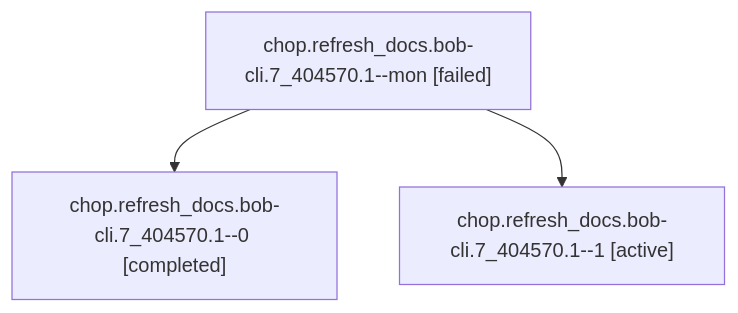
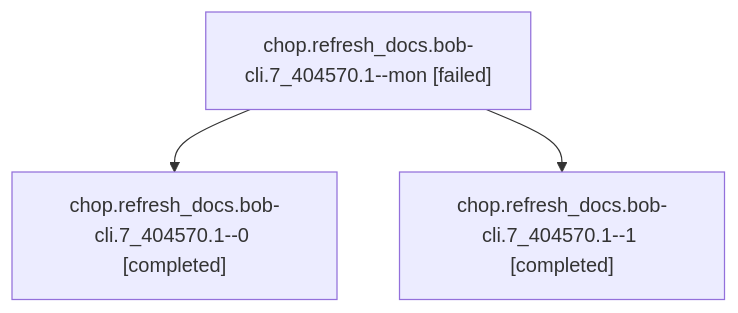
The diagram in sessions/bbugyi200.athena.chop.refresh_docs.bob-cli.7_404570.1.md (bobs-org/bob-cli--agents), drawn with Mermaid before and after one commit. The commit also changed other lines of this file and 28 other files, not shown here.

````diff
--- a/sessions/bbugyi200.athena.chop.refresh_docs.bob-cli.7_404570.1.md
+++ b/sessions/bbugyi200.athena.chop.refresh_docs.bob-cli.7_404570.1.md
@@ -9,8 +9,8 @@
 ```mermaid
 flowchart TD
   n0["chop.refresh_docs.bob-cli.7_404570.1--mon [failed]"]
   n1["chop.refresh_docs.bob-cli.7_404570.1--0 [completed]"]
   n0 --> n1
-  n2["chop.refresh_docs.bob-cli.7_404570.1--1 [active]"]
+  n2["chop.refresh_docs.bob-cli.7_404570.1--1 [completed]"]
   n0 --> n2
 ```
````
